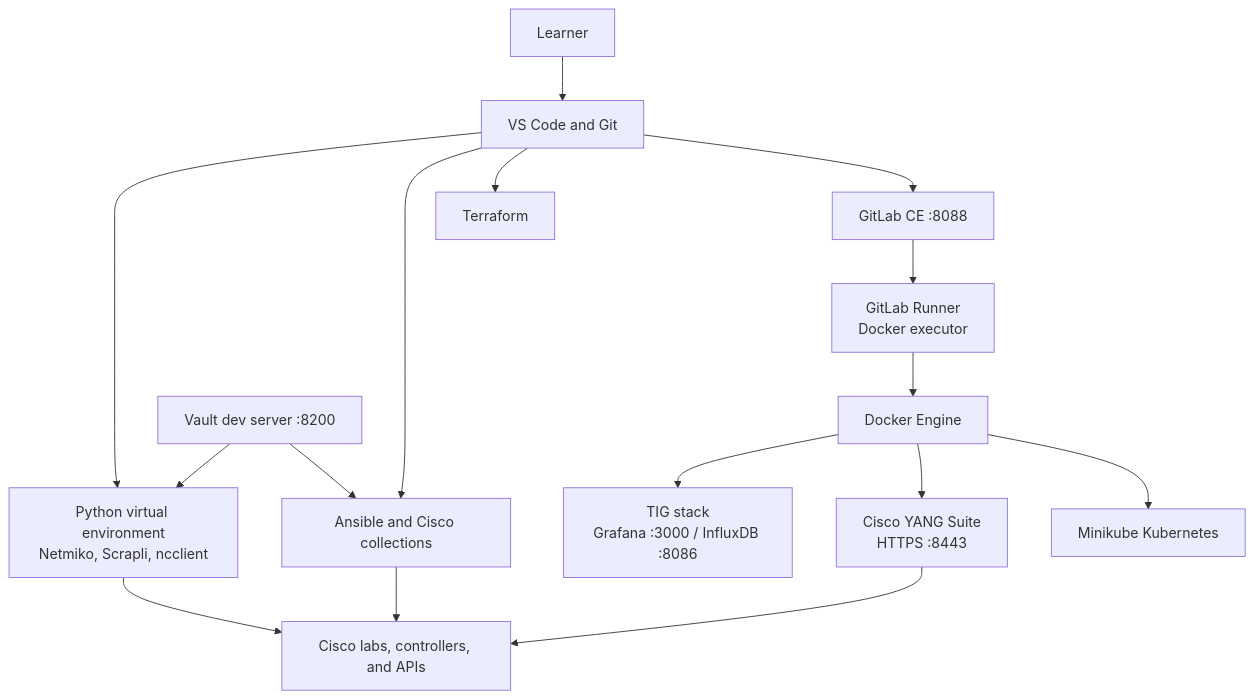
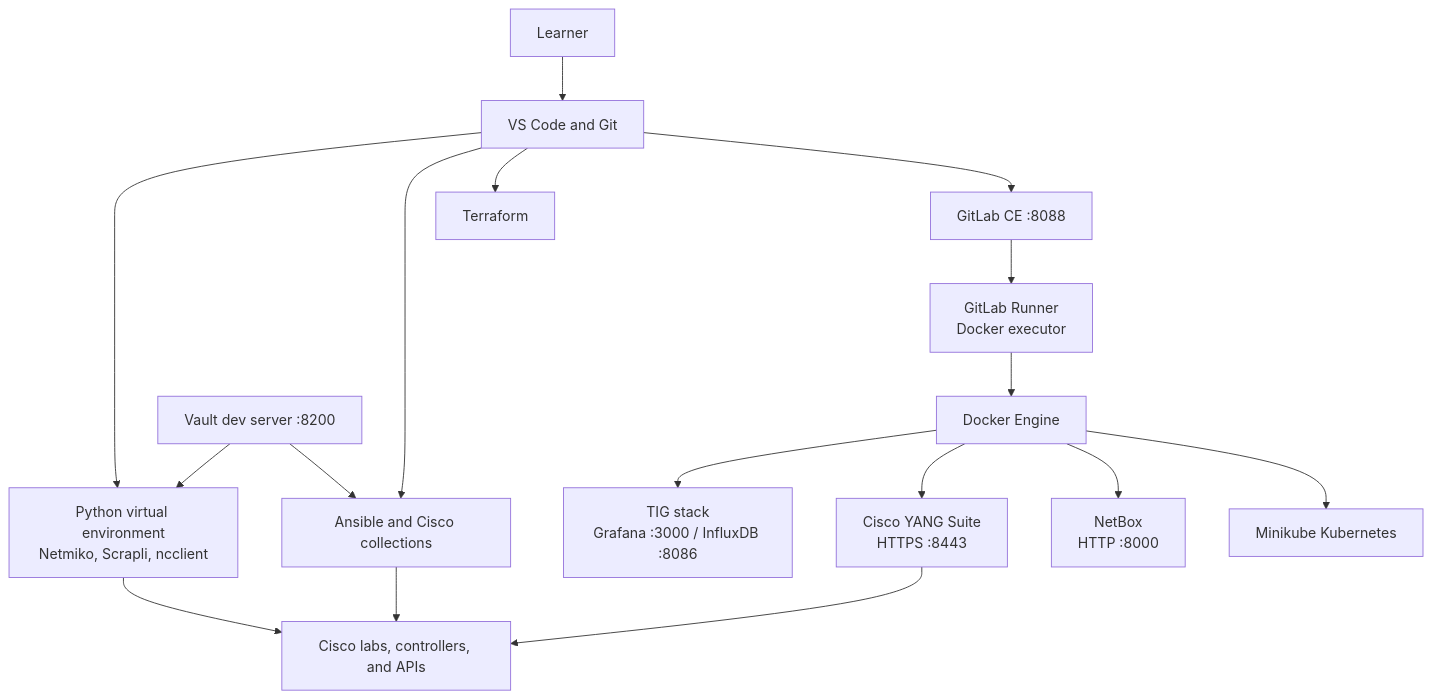
Before and after one commit to tanthanh85/CCNPAUTO: the diagram in LAB/Lab1/Lab1.md, drawn with Mermaid. The commit also changed other lines of this file and 141 other files, not shown here.

````diff
--- a/LAB/Lab1/Lab1.md
+++ b/LAB/Lab1/Lab1.md
@@ -45,19 +46,20 @@
 ```mermaid
 flowchart TB
     Learner["Learner"] --> VSCode["VS Code and Git"]
     VSCode --> Python["Python virtual environment<br/>Netmiko, Scrapli, ncclient"]
     VSCode --> Ansible["Ansible and Cisco collections"]
     VSCode --> IaC["Terraform"]
     VSCode --> GitLab["GitLab CE :8088"]
     GitLab --> Runner["GitLab Runner<br/>Docker executor"]
 
     Docker["Docker Engine"] --> TIG["TIG stack<br/>Grafana :3000 / InfluxDB :8086"]
     Docker --> YANG["Cisco YANG Suite<br/>HTTPS :8443"]
+    Docker --> NetBox["NetBox<br/>HTTP :8000"]
     Docker --> K8s["Minikube Kubernetes"]
     Runner --> Docker
     Python --> Devices["Cisco labs, controllers, and APIs"]
     Ansible --> Devices
     YANG --> Devices
     Vault["Vault dev server :8200"] --> Python
     Vault --> Ansible
 ```
````
